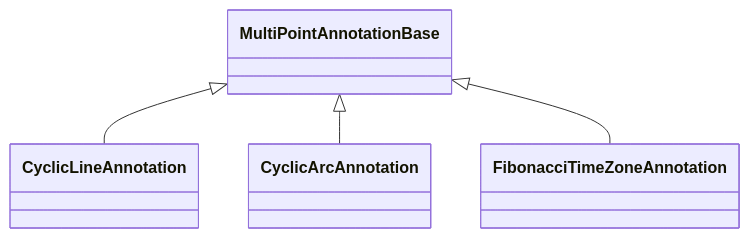
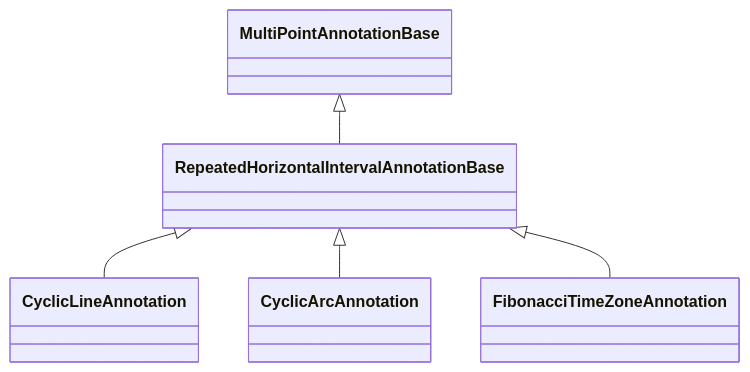
The diagram in docusaurus/docs/scichart-extensions/scichart-financial-tools/annotation-types/repeating-cyclic-annotations/index.md (ABTSoftware/SciChart.JS.Docs), drawn with Mermaid before and after one commit. The commit also changed other lines of this file and 50 other files, not shown here.

````diff
--- a/docusaurus/docs/scichart-extensions/scichart-financial-tools/annotation-types/repeating-cyclic-annotations/index.md
+++ b/docusaurus/docs/scichart-extensions/scichart-financial-tools/annotation-types/repeating-cyclic-annotations/index.md
@@ -10,6 +10,7 @@
 ```mermaid
 classDiagram
-    MultiPointAnnotationBase <|-- CyclicLineAnnotation
-    MultiPointAnnotationBase <|-- CyclicArcAnnotation
-    MultiPointAnnotationBase <|-- FibonacciTimeZoneAnnotation
+    MultiPointAnnotationBase <|-- RepeatedHorizontalIntervalAnnotationBase
+    RepeatedHorizontalIntervalAnnotationBase <|-- CyclicLineAnnotation
+    RepeatedHorizontalIntervalAnnotationBase <|-- CyclicArcAnnotation
+    RepeatedHorizontalIntervalAnnotationBase <|-- FibonacciTimeZoneAnnotation
 ```
````
